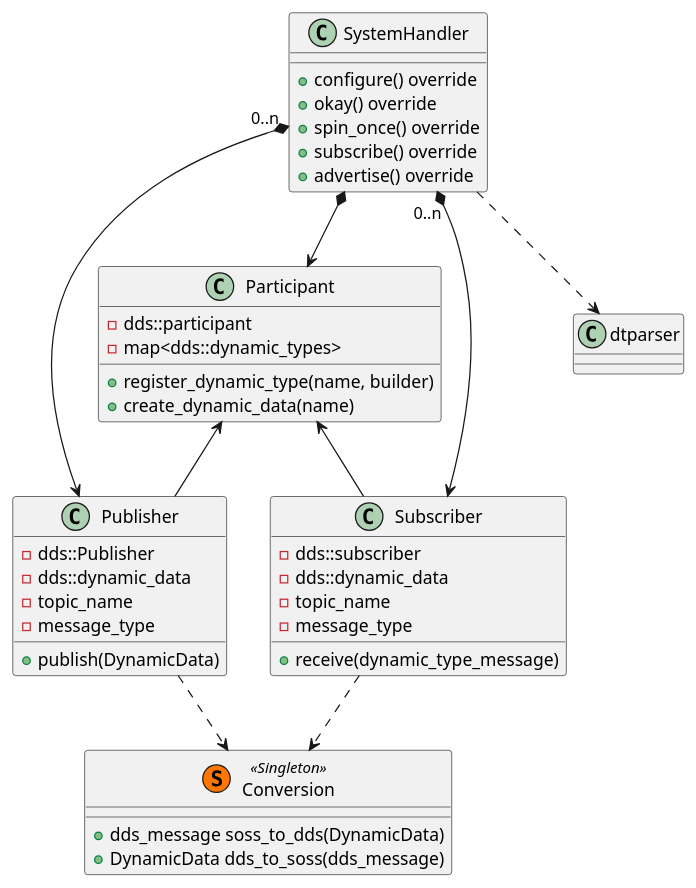
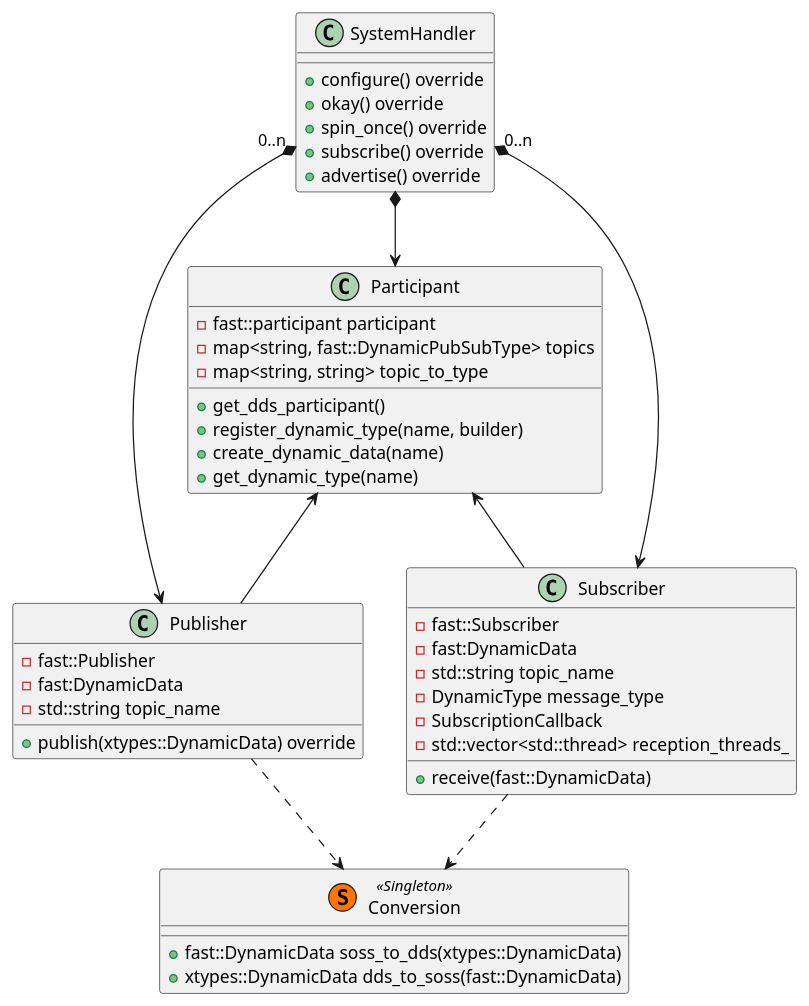
The diagram in doc/diagram-design/class.puml (eProsima/FastDDS-SH), drawn with PlantUML before and after one commit. The commit also changed 6 other files, not shown here.

```diff
--- a/doc/diagram-design/class.puml
+++ b/doc/diagram-design/class.puml
@@ -1,50 +1,53 @@
 @startuml
 
 SystemHandler "0..n" *--> Publisher
 SystemHandler "0..n" *--> Subscriber
 SystemHandler *--> Participant
-SystemHandler ..> dtparser
 
 Participant <-- Publisher
 Participant <-- Subscriber
 
 Publisher ..> Conversion
 Subscriber ..> Conversion
 
 class SystemHandler {
     + configure() override
     + okay() override
     + spin_once() override
     + subscribe() override
     + advertise() override
 }
 
 class Participant {
-    - dds::participant
-    - map<dds::dynamic_types>
+    - fast::participant participant
+    - map<string, fast::DynamicPubSubType> topics
+    - map<string, string> topic_to_type
+    + get_dds_participant()
     + register_dynamic_type(name, builder)
     + create_dynamic_data(name)
+    + get_dynamic_type(name)
 }
 
 class Publisher {
-    - dds::Publisher
-    - dds::dynamic_data
-    - topic_name
-    - message_type
-    + publish(DynamicData)
+    - fast::Publisher
+    - fast:DynamicData
+    - std::string topic_name
+    + publish(xtypes::DynamicData) override
 }
 
 class Subscriber {
-    - dds::subscriber
-    - dds::dynamic_data
-    - topic_name
-    - message_type
-    + receive(dynamic_type_message)
+    - fast::Subscriber
+    - fast:DynamicData
+    - std::string topic_name
+    - DynamicType message_type
+    - SubscriptionCallback
+    - std::vector<std::thread> reception_threads_
+    + receive(fast::DynamicData)
 }
 
 class Conversion << (S,#FF7700) Singleton >> {
-    + dds_message soss_to_dds(DynamicData)
-    + DynamicData dds_to_soss(dds_message)
+    + fast::DynamicData soss_to_dds(xtypes::DynamicData)
+    + xtypes::DynamicData dds_to_soss(fast::DynamicData)
 }
 
 @enduml
```
